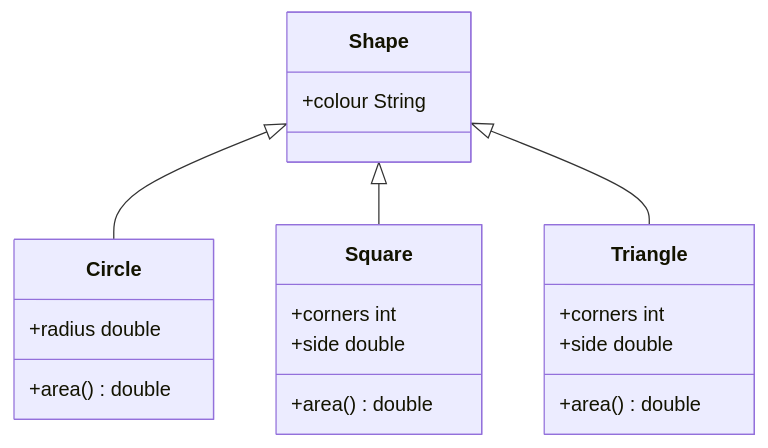
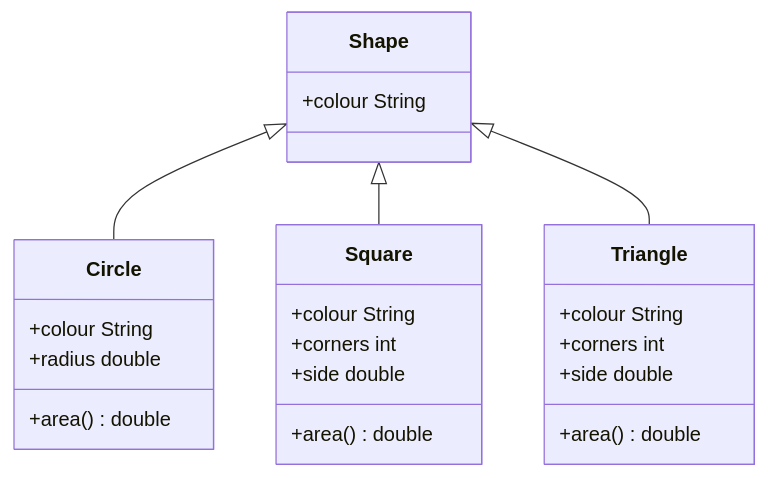
The second of 5 diagrams in COMP122/Lectures/Week 5/2021-03-08-1.md (bweston6/uol-cs-notes), drawn with Mermaid before and after one commit. The commit also changed other lines of this file, not shown here.

Commit message:
Fixing UML diagrams.

````diff
--- a/COMP122/Lectures/Week 5/2021-03-08-1.md
+++ b/COMP122/Lectures/Week 5/2021-03-08-1.md
@@ -39,21 +39,24 @@
 ```mermaid
 classDiagram
     Shape <|-- Circle
     Shape <|-- Square
     Shape <|-- Triangle
     Shape: +colour String
     class Circle{
+    +colour String
     +radius double
     +area() double
     }
     class Square{
+    +colour String
     +corners int
     +side double
     +area() double
     }
     class Triangle{
+    +colour String
     +corners int
     +side double
     +area() double
     }
 ```
````
